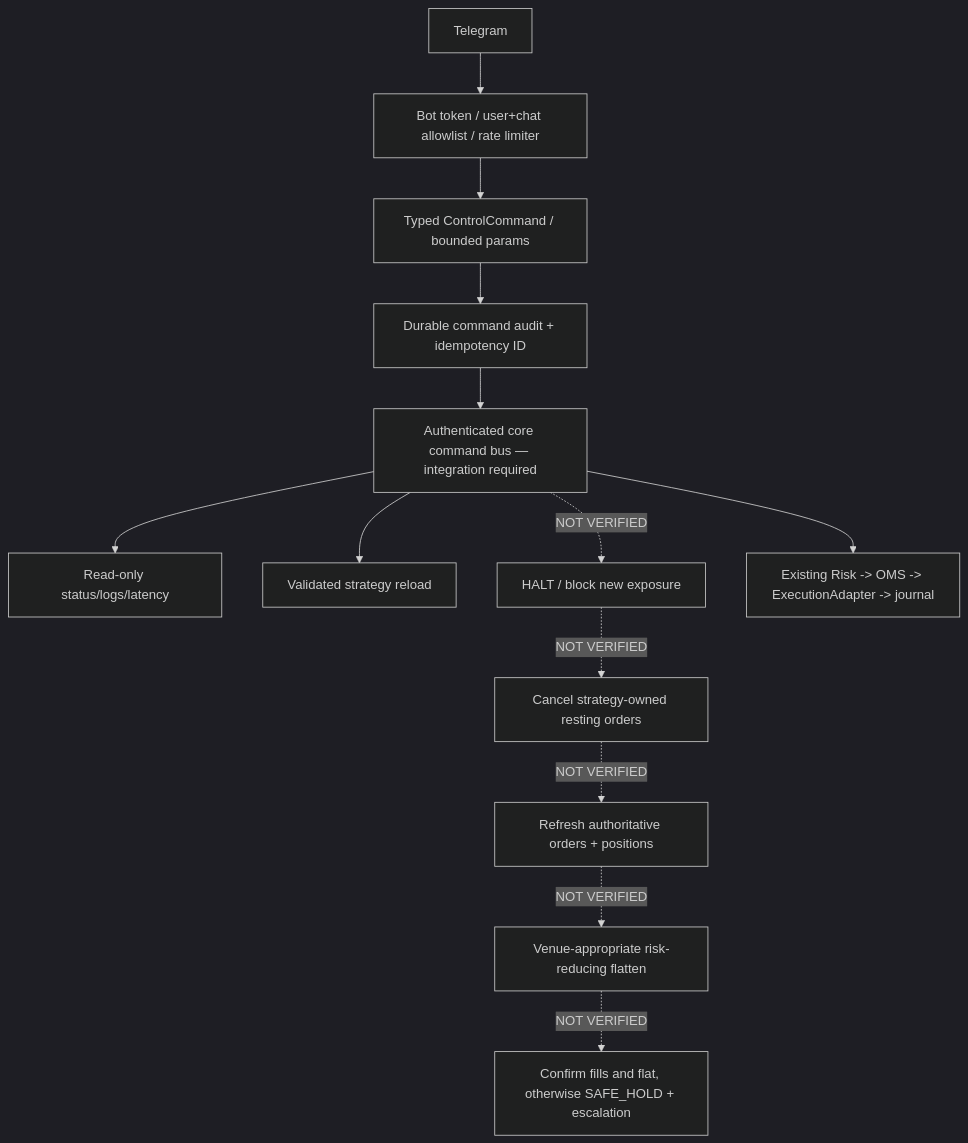
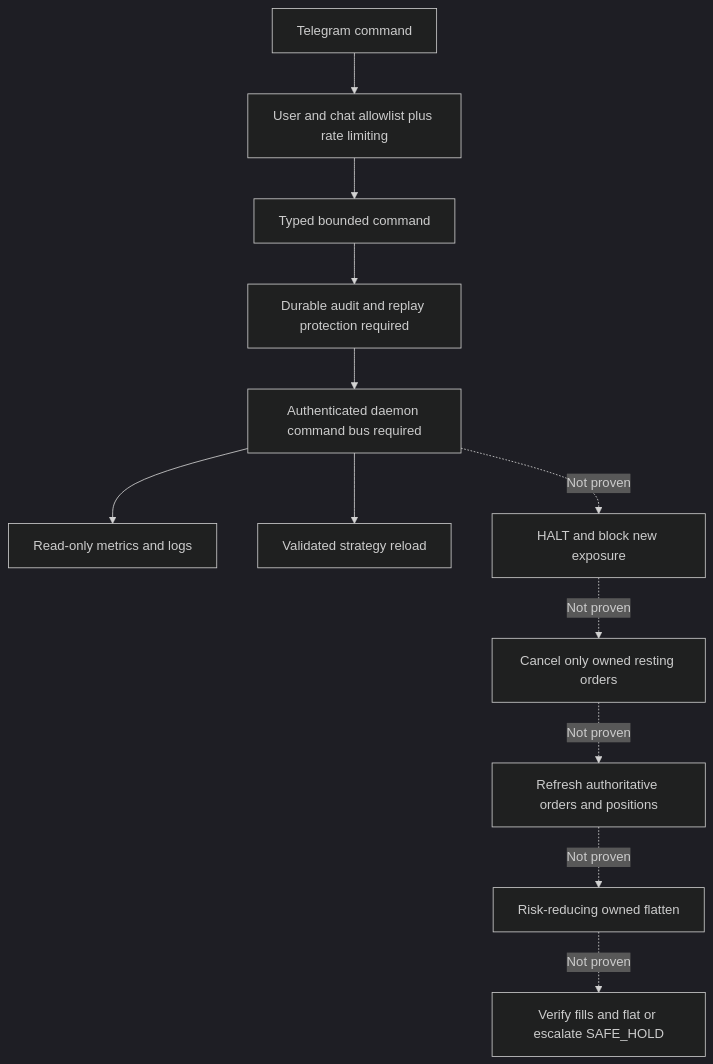
The diagram in docs/CONTROL_PLANE.md (xxxxxwater/pg-tsy-core-bootstrap), drawn with Mermaid (dark theme) before and after one commit. The commit also changed other lines of this file, not shown here.

Commit message:
docs(control): distinguish authenticated HTTP reload from unverified emergency controls

````diff
--- a/docs/CONTROL_PLANE.md
+++ b/docs/CONTROL_PLANE.md
@@ -22,15 +17,14 @@
 ```mermaid
 flowchart TD
-  TG[Telegram] --> AUTH[Bot token / user+chat allowlist / rate limiter]
-  AUTH --> PARSE[Typed ControlCommand / bounded params]
-  PARSE --> AUDIT[Durable command audit + idempotency ID]
-  AUDIT --> CORE[Authenticated core command bus — integration required]
-  CORE --> READ[Read-only status/logs/latency]
-  CORE --> RELOAD[Validated strategy reload]
-  CORE -. NOT VERIFIED .-> STOP[HALT / block new exposure]
-  STOP -. NOT VERIFIED .-> CANCEL[Cancel strategy-owned resting orders]
-  CANCEL -. NOT VERIFIED .-> TRUTH[Refresh authoritative orders + positions]
-  TRUTH -. NOT VERIFIED .-> FLAT[Venue-appropriate risk-reducing flatten]
-  FLAT -. NOT VERIFIED .-> CONFIRM[Confirm fills and flat, otherwise SAFE_HOLD + escalation]
-  CORE --> RISK[Existing Risk -> OMS -> ExecutionAdapter -> journal]
+  TG[Telegram command] --> AUTH[User and chat allowlist plus rate limiting]
+  AUTH --> PARSE[Typed bounded command]
+  PARSE --> AUDIT[Durable audit and replay protection required]
+  AUDIT --> BUS[Authenticated daemon command bus required]
+  BUS --> READ[Read-only metrics and logs]
+  BUS --> RELOAD[Validated strategy reload]
+  BUS -. Not proven .-> HALT[HALT and block new exposure]
+  HALT -. Not proven .-> CANCEL[Cancel only owned resting orders]
+  CANCEL -. Not proven .-> TRUTH[Refresh authoritative orders and positions]
+  TRUTH -. Not proven .-> FLAT[Risk-reducing owned flatten]
+  FLAT -. Not proven .-> VERIFY[Verify fills and flat or escalate SAFE_HOLD]
 ```
````
